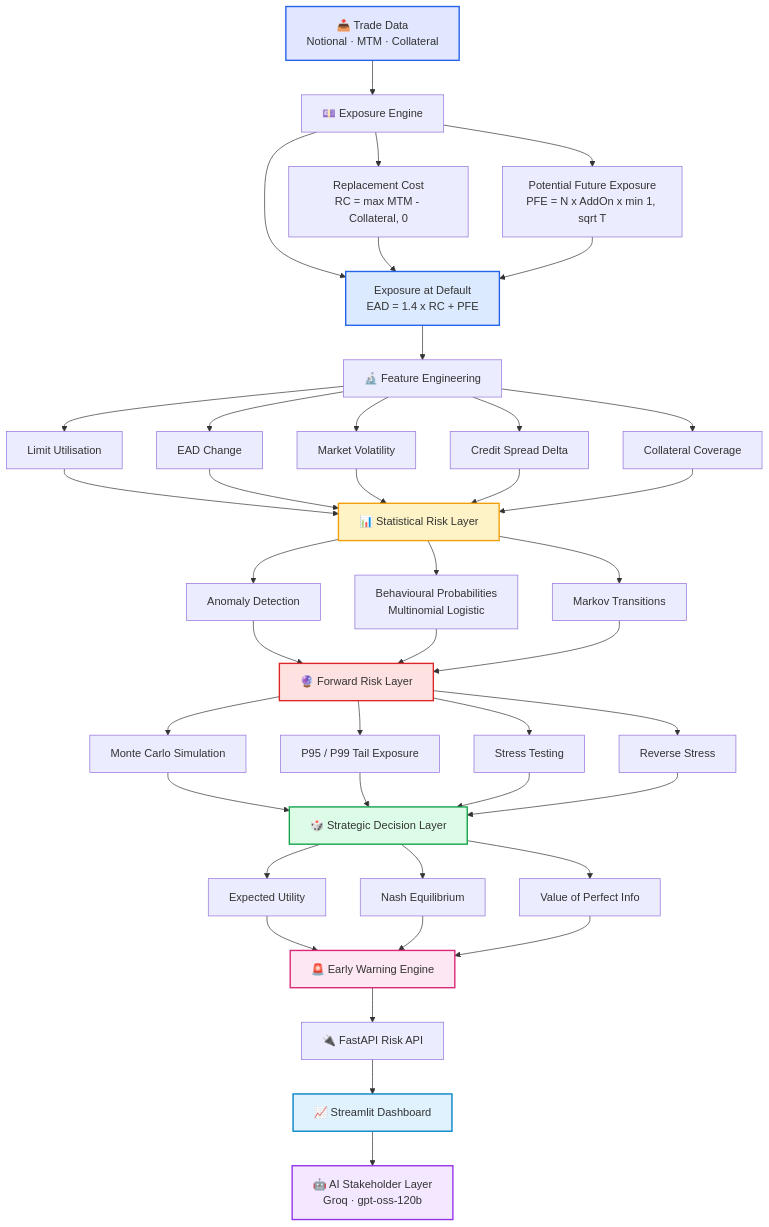
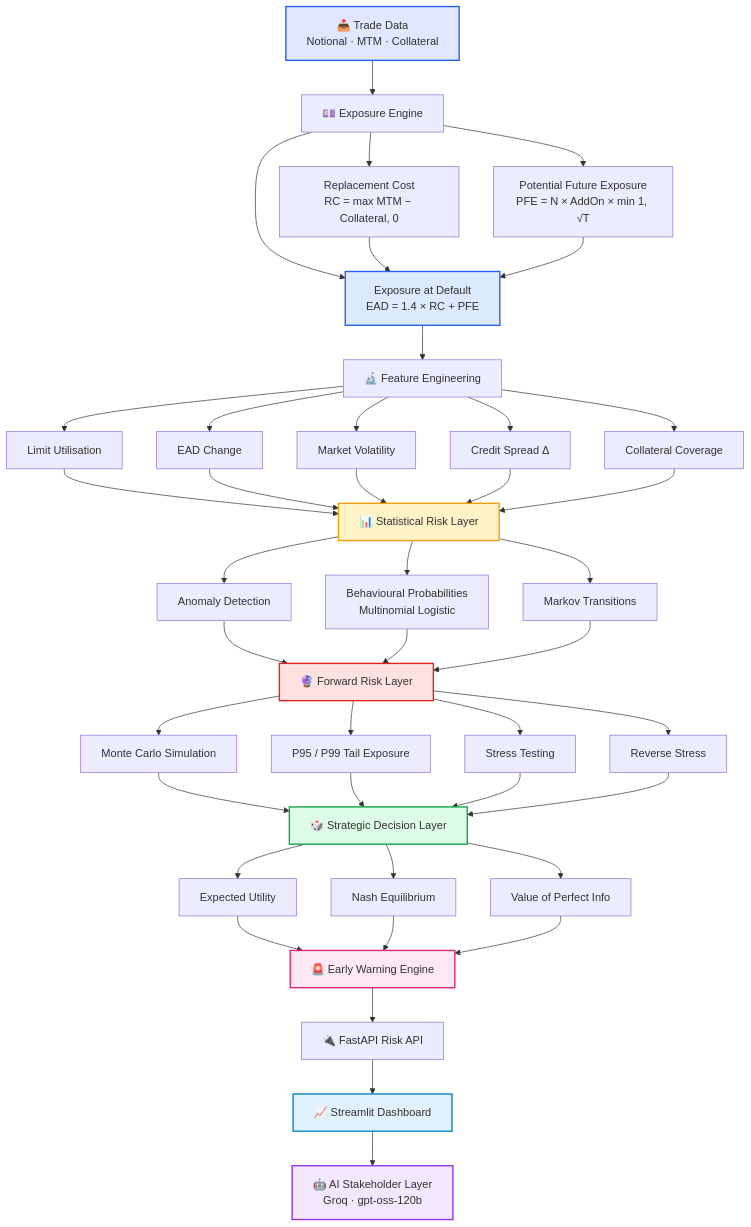
Before and after one commit to Harshithpatali/ccr-game-theory-risk: the first of 9 diagrams in README.md, drawn with Mermaid. The commit also changed other lines of this file, not shown here.

````diff
--- a/README.md
+++ b/README.md
@@ -114,57 +114,45 @@
 ```mermaid
 flowchart TD
     A[📥 Trade Data<br/>Notional · MTM · Collateral] --> B[💷 Exposure Engine]
-    B --> B1[Replacement Cost<br/>RC = max MTM - Collateral, 0]
-    B --> B2[Potential Future Exposure<br/>PFE = N x AddOn x min 1, sqrt T]
-    B --> B3[Exposure at Default<br/>EAD = 1.4 x RC + PFE]
-    B1 --> B3
-    B2 --> B3
+    B --> B1[Replacement Cost<br/>RC = max MTM − Collateral, 0]
+    B --> B2[Potential Future Exposure<br/>PFE = N × AddOn × min 1, √T]
+    B --> B3[Exposure at Default<br/>EAD = 1.4 × RC + PFE]
+    B1 & B2 --> B3
 
     B3 --> C[🔬 Feature Engineering]
     C --> C1[Limit Utilisation]
     C --> C2[EAD Change]
     C --> C3[Market Volatility]
-    C --> C4[Credit Spread Delta]
+    C --> C4[Credit Spread Δ]
     C --> C5[Collateral Coverage]
 
-    C1 --> D[📊 Statistical Risk Layer]
-    C2 --> D
-    C3 --> D
-    C4 --> D
-    C5 --> D
+    C1 & C2 & C3 & C4 & C5 --> D[📊 Statistical Risk Layer]
     D --> D1[Anomaly Detection]
     D --> D2[Behavioural Probabilities<br/>Multinomial Logistic]
     D --> D3[Markov Transitions]
 
-    D1 --> E[🔮 Forward Risk Layer]
-    D2 --> E
-    D3 --> E
+    D1 & D2 & D3 --> E[🔮 Forward Risk Layer]
     E --> E1[Monte Carlo Simulation]
     E --> E2[P95 / P99 Tail Exposure]
     E --> E3[Stress Testing]
     E --> E4[Reverse Stress]
 
-    E1 --> F[🎲 Strategic Decision Layer]
-    E2 --> F
-    E3 --> F
-    E4 --> F
+    E1 & E2 & E3 & E4 --> F[🎲 Strategic Decision Layer]
     F --> F1[Expected Utility]
     F --> F2[Nash Equilibrium]
     F --> F3[Value of Perfect Info]
 
-    F1 --> G[🚨 Early Warning Engine]
-    F2 --> G
-    F3 --> G
+    F1 & F2 & F3 --> G[🚨 Early Warning Engine]
     G --> H[🔌 FastAPI Risk API]
     H --> I[📈 Streamlit Dashboard]
     I --> J[🤖 AI Stakeholder Layer<br/>Groq · gpt-oss-120b]
 
     style A fill:#e0e7ff,stroke:#2563eb,stroke-width:2px
     style B3 fill:#dbeafe,stroke:#2563eb,stroke-width:2px
     style D fill:#fef3c7,stroke:#f59e0b,stroke-width:2px
     style E fill:#fee2e2,stroke:#dc2626,stroke-width:2px
     style F fill:#dcfce7,stroke:#16a34a,stroke-width:2px
     style G fill:#fce7f3,stroke:#db2777,stroke-width:2px
     style I fill:#e0f2fe,stroke:#0284c7,stroke-width:2px
     style J fill:#f3e8ff,stroke:#9333ea,stroke-width:2px
 ```
````
